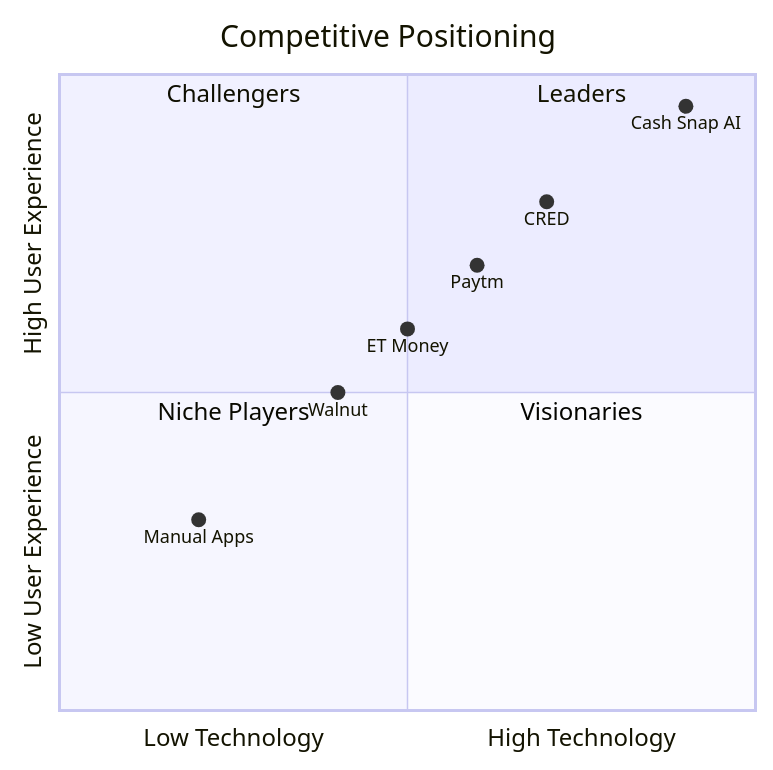
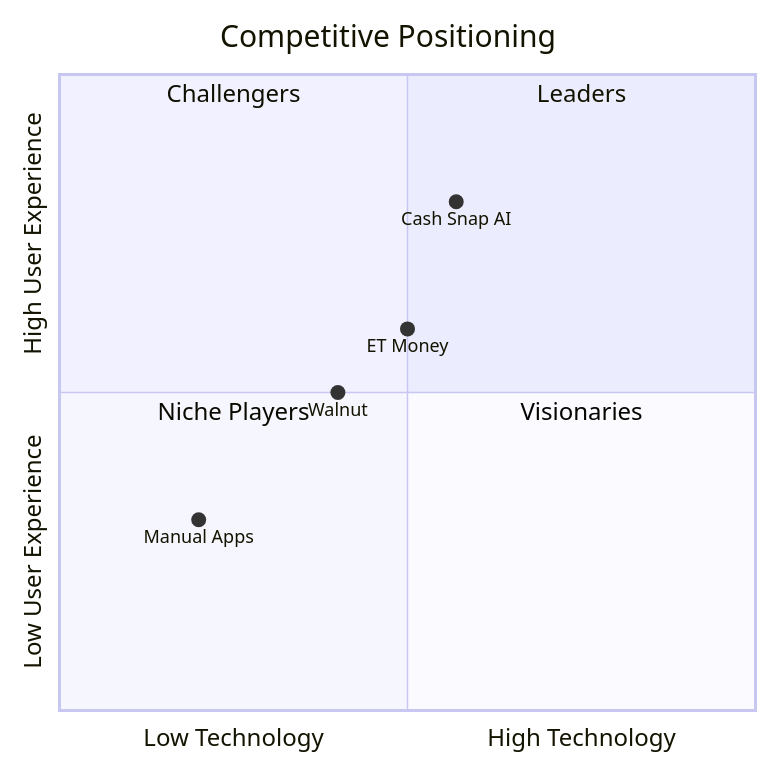
One commit to vinayak1729-web/Cash_Snap changed the sixth of 10 diagrams in readme.md. Above: the diagram before and after it, drawn with Mermaid. The commit also changed other lines of this file, not shown here.

````diff
--- a/readme.md
+++ b/readme.md
@@ -192,18 +192,16 @@
 ```mermaid
 quadrantChart
     title Competitive Positioning
     x-axis Low Technology --> High Technology
     y-axis Low User Experience --> High User Experience
     
     quadrant-1 Leaders
     quadrant-2 Challengers
     quadrant-3 Niche Players
     quadrant-4 Visionaries
     
-    Cash Snap AI: [0.9, 0.95]
-    CRED: [0.7, 0.8]
-    Paytm: [0.6, 0.7]
+    Cash Snap AI: [0.57, 0.8]
     ET Money: [0.5, 0.6]
     Walnut: [0.4, 0.5]
     Manual Apps: [0.2, 0.3]
 ```
````
